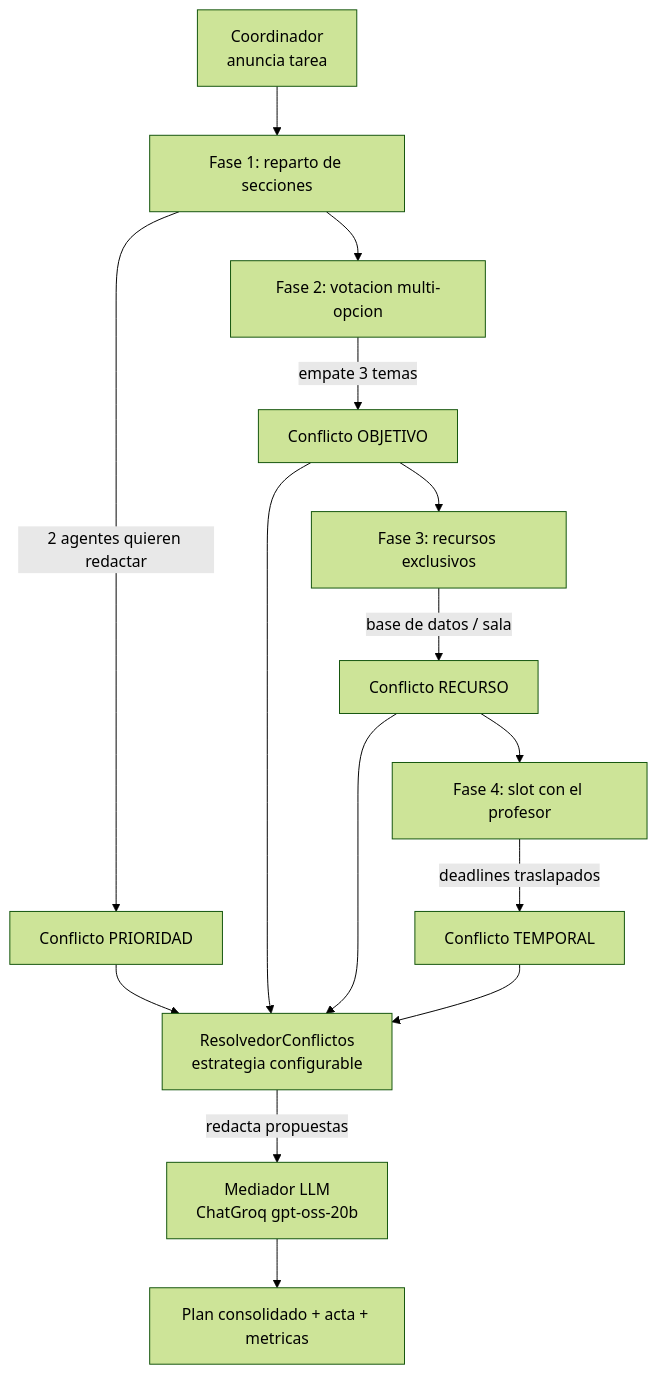
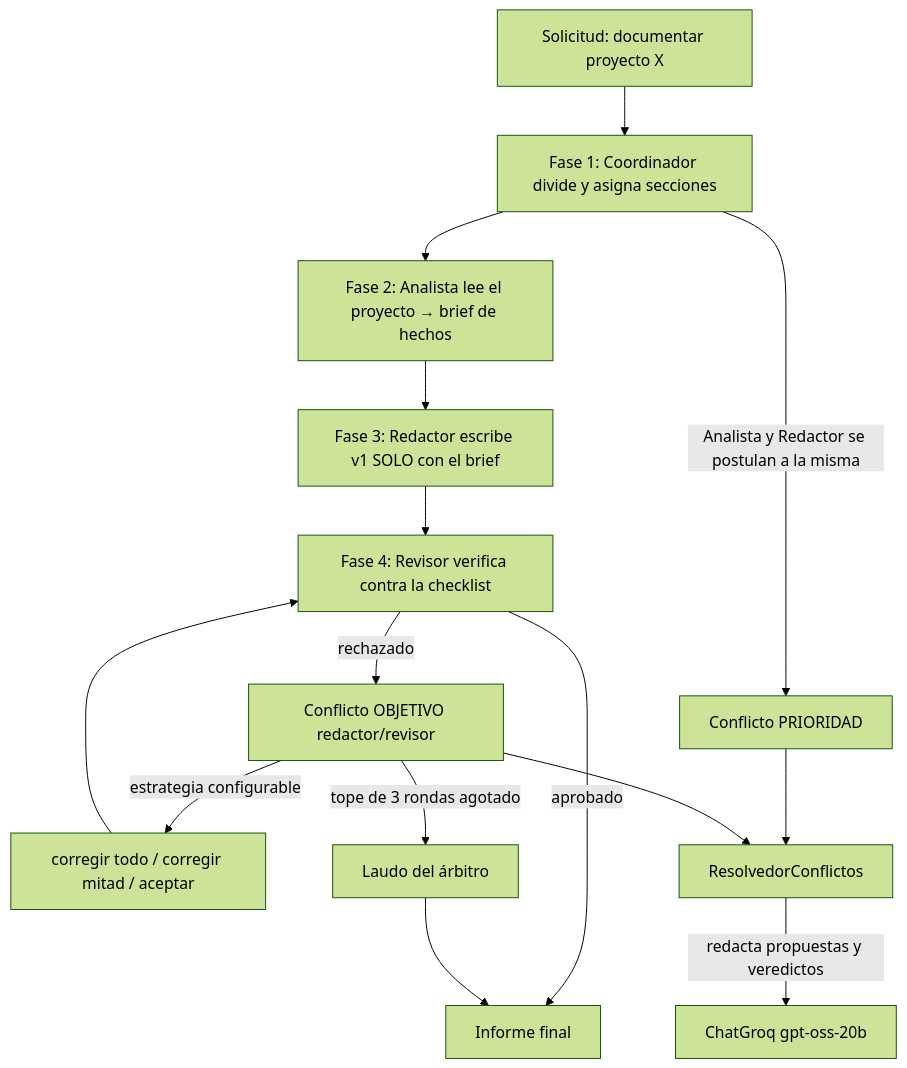
One commit to beibanezv/ev2-actDecimas changed the diagram in README.md. Above: the diagram before and after it, drawn with Mermaid (forest theme). The commit also changed other lines of this file and 18 other files, not shown here.

Commit message:
Reconversion: equipo multi-agente que produce un informe + 27 tests

````diff
--- a/README.md
+++ b/README.md
@@ -46,14 +68,17 @@
 ```mermaid
 flowchart TD
-    A[Coordinador<br/>anuncia tarea] --> B[Fase 1: reparto de secciones]
-    B -->|2 agentes quieren redactar| C[Conflicto PRIORIDAD]
-    B --> D[Fase 2: votacion multi-opcion]
-    D -->|empate 3 temas| E[Conflicto OBJETIVO]
-    E --> F[Fase 3: recursos exclusivos]
-    F -->|base de datos / sala| G[Conflicto RECURSO]
-    G --> H[Fase 4: slot con el profesor]
-    H -->|deadlines traslapados| I[Conflicto TEMPORAL]
-    C & E & G & I --> J[ResolvedorConflictos<br/>estrategia configurable]
-    J -->|redacta propuestas| K[Mediador LLM<br/>ChatGroq gpt-oss-20b]
-    K --> L[Plan consolidado + acta + metricas]
+    A[Solicitud: documentar proyecto X] --> B[Fase 1: Coordinador divide y asigna secciones]
+    B -->|Analista y Redactor se postulan a la misma| C[Conflicto PRIORIDAD]
+    B --> D[Fase 2: Analista lee el proyecto → brief de hechos]
+    D --> E[Fase 3: Redactor escribe v1 SOLO con el brief]
+    E --> F[Fase 4: Revisor verifica contra la checklist]
+    F -->|aprobado| H[Informe final]
+    F -->|rechazado| G[Conflicto OBJETIVO redactor/revisor]
+    G -->|estrategia configurable| I[corregir todo / corregir mitad / aceptar]
+    I --> F
+    G -->|tope de 3 rondas agotado| J[Laudo del árbitro]
+    J --> H
+    C --> K[ResolvedorConflictos]
+    G --> K
+    K -->|redacta propuestas y veredictos| L[ChatGroq gpt-oss-20b]
 ```
````
